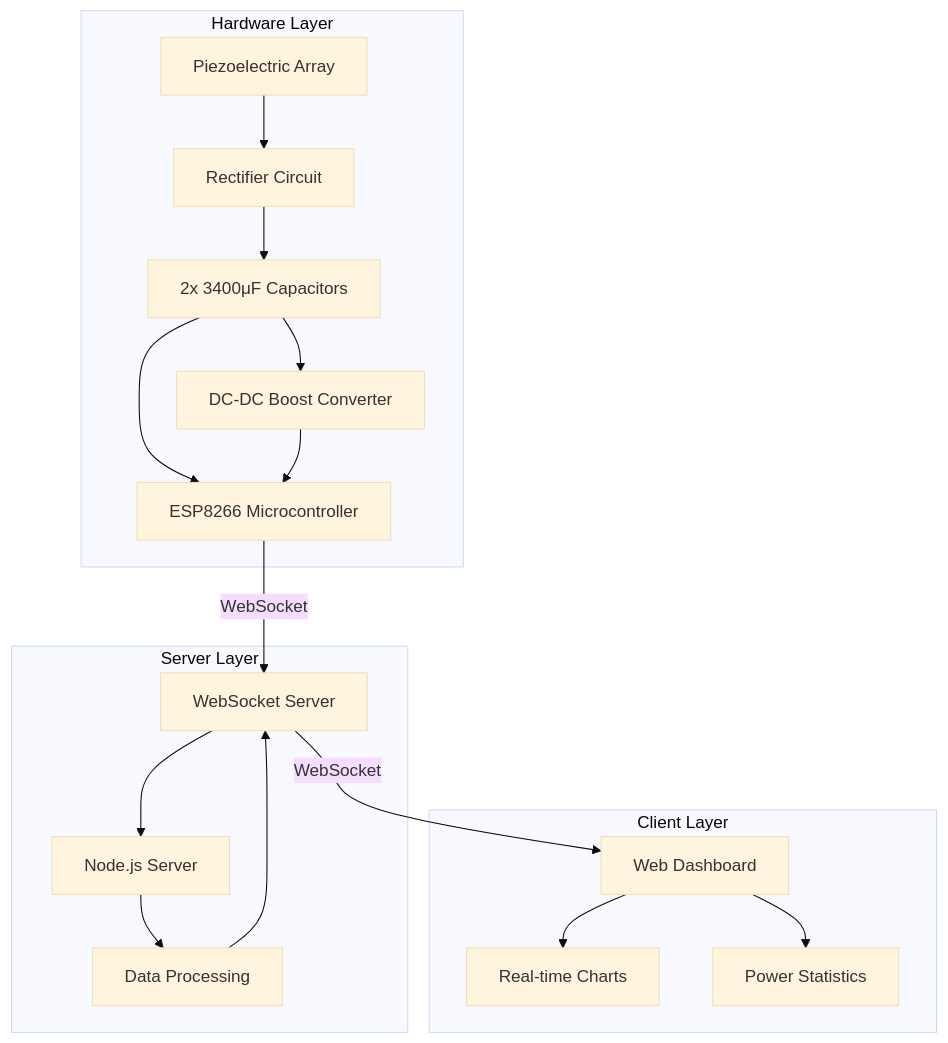
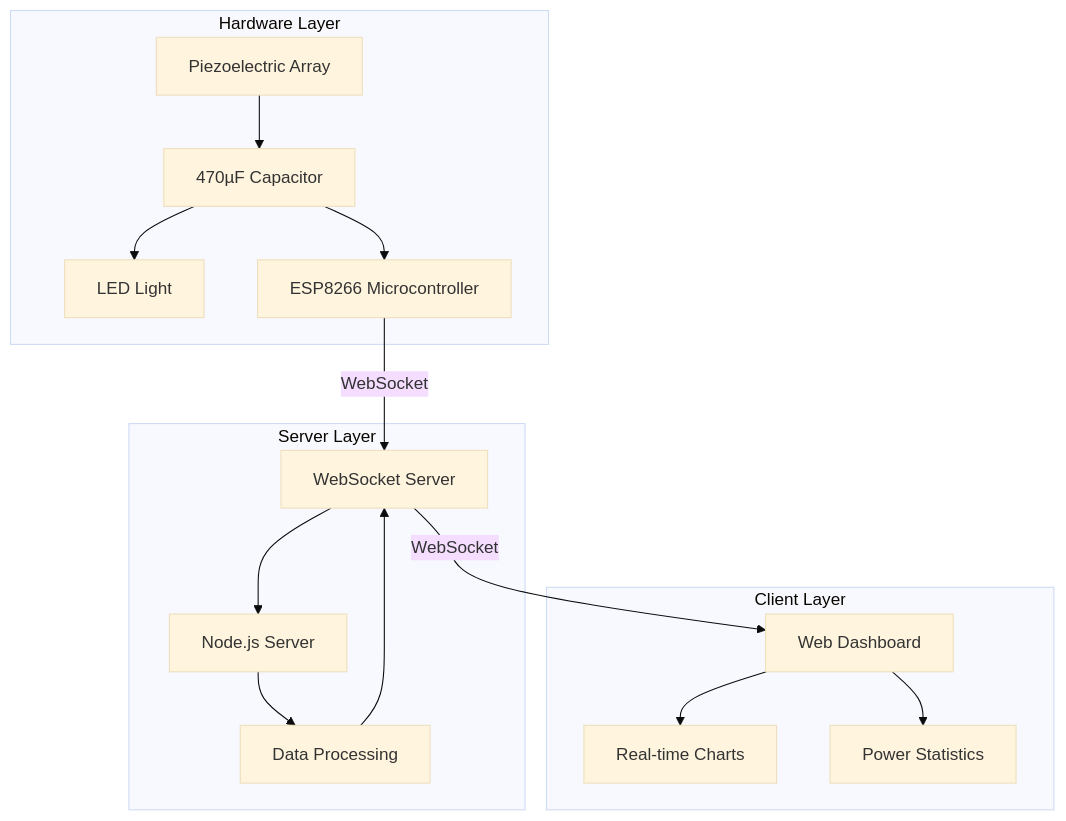
The first of 2 diagrams in README.md (Red-misst/piezo-electric), drawn with Mermaid (base theme) before and after one commit. The commit also changed other lines of this file and 4 other files, not shown here.

````diff
--- a/README.md
+++ b/README.md
@@ -49,35 +48,32 @@
 ```mermaid
 flowchart TB
     subgraph "Hardware Layer"
         PZ[Piezoelectric Array]
-        RECT[Rectifier Circuit]
-        CAP[2x 3400μF Capacitors]
-        BOOST[DC-DC Boost Converter]
+        CAP[470µF Capacitor]
+        LED[LED Light]
         ESP[ESP8266 Microcontroller]
     end
     
     subgraph "Server Layer"
         NODE[Node.js Server]
         WSSERVER[WebSocket Server]
         DATAPROC[Data Processing]
     end
     
     subgraph "Client Layer"
         DASH[Web Dashboard]
         CHART[Real-time Charts]
         STATS[Power Statistics]
     end
     
-    PZ --> RECT
-    RECT --> CAP
-    CAP --> BOOST
+    PZ --> CAP
+    CAP --> LED
     CAP --> ESP
-    BOOST --> ESP
     ESP --> |WebSocket| WSSERVER
     WSSERVER --> NODE
     NODE --> DATAPROC
     DATAPROC --> WSSERVER
     WSSERVER --> |WebSocket| DASH
     DASH --> CHART
     DASH --> STATS
 ```
````
